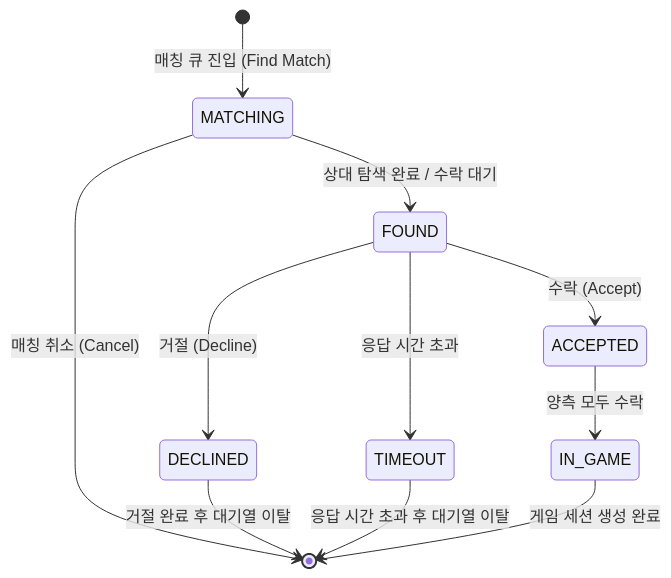
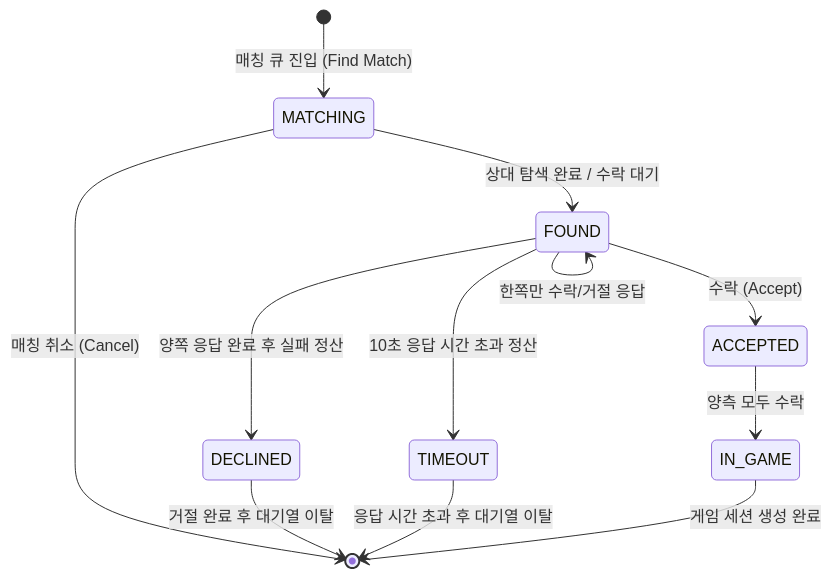
One commit to moonwhistle/League-of-Star changed the second of 4 diagrams in docs/project/domain status.md. Above: the diagram before and after it, drawn with Mermaid. The commit also changed 14 other files, not shown here.

````diff
--- a/docs/project/domain status.md
+++ b/docs/project/domain status.md
@@ -23,16 +23,17 @@
 ```mermaid
 stateDiagram-v2
     [*] --> MATCHING: 매칭 큐 진입 (Find Match)
     MATCHING --> [*]: 매칭 취소 (Cancel)
     MATCHING --> FOUND: 상대 탐색 완료 / 수락 대기
 
     FOUND --> ACCEPTED: 수락 (Accept)
-    FOUND --> DECLINED: 거절 (Decline)
-    FOUND --> TIMEOUT: 응답 시간 초과
+    FOUND --> FOUND: 한쪽만 수락/거절 응답
+    FOUND --> DECLINED: 양쪽 응답 완료 후 실패 정산
+    FOUND --> TIMEOUT: 10초 응답 시간 초과 정산
 
     ACCEPTED --> IN_GAME: 양측 모두 수락
     DECLINED --> [*]: 거절 완료 후 대기열 이탈
     TIMEOUT --> [*]: 응답 시간 초과 후 대기열 이탈
 
     IN_GAME --> [*]: 게임 세션 생성 완료
 ```
````
